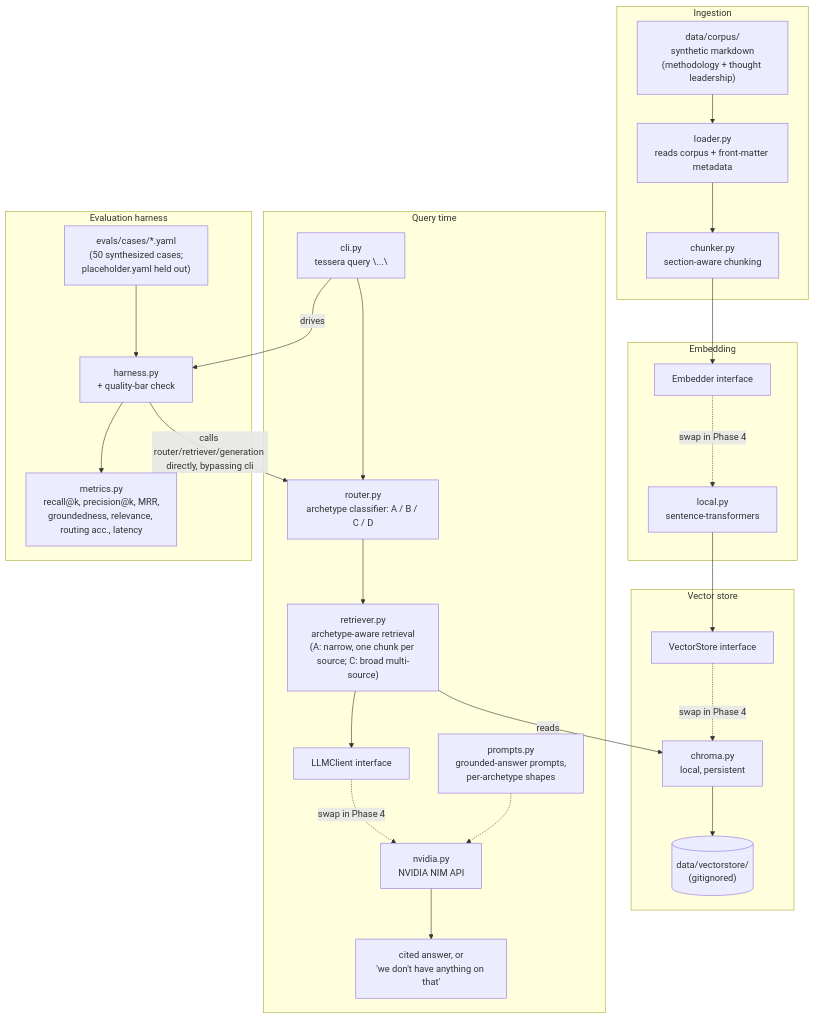
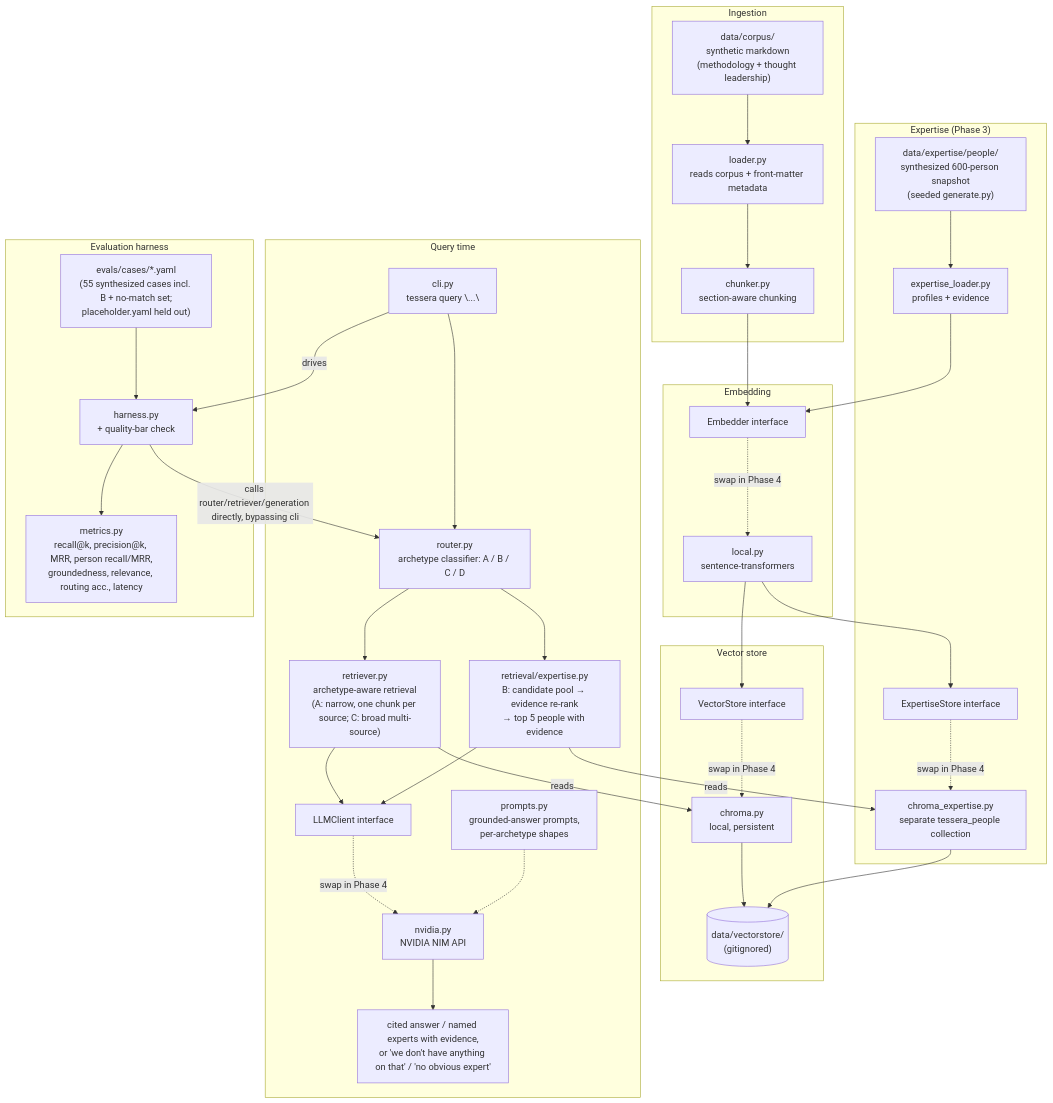
Before and after one commit to ChiragVenkateshaiah/tessera: the diagram in README.md, drawn with Mermaid. The commit also changed other lines of this file and 3 other files, not shown here.

````diff
--- a/README.md
+++ b/README.md
@@ -42,52 +49,68 @@
 ```mermaid
 flowchart TB
     subgraph ingest["Ingestion"]
         corpus["data/corpus/<br/>synthetic markdown<br/>(methodology + thought leadership)"]
         loader["loader.py<br/>reads corpus + front-matter metadata"]
         chunker["chunker.py<br/>section-aware chunking"]
         corpus --> loader --> chunker
     end
 
     subgraph embed["Embedding"]
         embedIface["Embedder interface"]
         embedImpl["local.py<br/>sentence-transformers"]
         embedIface -.swap in Phase 4.-> embedImpl
     end
 
     subgraph store["Vector store"]
         storeIface["VectorStore interface"]
         storeImpl["chroma.py<br/>local, persistent"]
         storeIface -.swap in Phase 4.-> storeImpl
         persisted[("data/vectorstore/<br/>(gitignored)")]
         storeImpl --> persisted
     end
 
+    subgraph people["Expertise (Phase 3)"]
+        peopleData["data/expertise/people/<br/>synthesized 600-person snapshot<br/>(seeded generate.py)"]
+        peopleLoader["expertise_loader.py<br/>profiles + evidence"]
+        peopleIface["ExpertiseStore interface"]
+        peopleImpl["chroma_expertise.py<br/>separate tessera_people collection"]
+        peopleData --> peopleLoader
+        peopleIface -.swap in Phase 4.-> peopleImpl
+        peopleImpl --> persisted
+    end
+
     chunker --> embedIface
     embedImpl --> storeIface
+    peopleLoader --> embedIface
+    embedImpl --> peopleIface
 
     subgraph query["Query time"]
         cli["cli.py<br/>tessera query \"...\""]
         router["router.py<br/>archetype classifier: A / B / C / D"]
         retriever["retriever.py<br/>archetype-aware retrieval<br/>(A: narrow, one chunk per source; C: broad multi-source)"]
+        experts["retrieval/expertise.py<br/>B: candidate pool → evidence re-rank<br/>→ top 5 people with evidence"]
         genIface["LLMClient interface"]
         genImpl["nvidia.py<br/>NVIDIA NIM API"]
         prompts["prompts.py<br/>grounded-answer prompts,<br/>per-archetype shapes"]
         cli --> router --> retriever
+        router --> experts
         retriever -->|reads| storeImpl
+        experts -->|reads| peopleImpl
         retriever --> genIface
+        experts --> genIface
         genIface -.swap in Phase 4.-> genImpl
         prompts -.-> genImpl
-        genImpl --> answer["cited answer, or<br/>'we don't have anything on that'"]
+        genImpl --> answer["cited answer / named experts with evidence,<br/>or 'we don't have anything on that' / 'no obvious expert'"]
     end
 
     subgraph evalh["Evaluation harness"]
-        cases["evals/cases/*.yaml<br/>(50 synthesized cases;<br/>placeholder.yaml held out)"]
+        cases["evals/cases/*.yaml<br/>(55 synthesized cases incl. B + no-match set;<br/>placeholder.yaml held out)"]
         harness["harness.py<br/>+ quality-bar check"]
-        metrics["metrics.py<br/>recall@k, precision@k, MRR,<br/>groundedness, relevance, routing acc., latency"]
+        metrics["metrics.py<br/>recall@k, precision@k, MRR, person recall/MRR,<br/>groundedness, relevance, routing acc., latency"]
         cases --> harness
         harness -->|calls router/retriever/generation directly, bypassing cli| router
         harness --> metrics
     end
 
     cli -->|drives| harness
 ```
````
